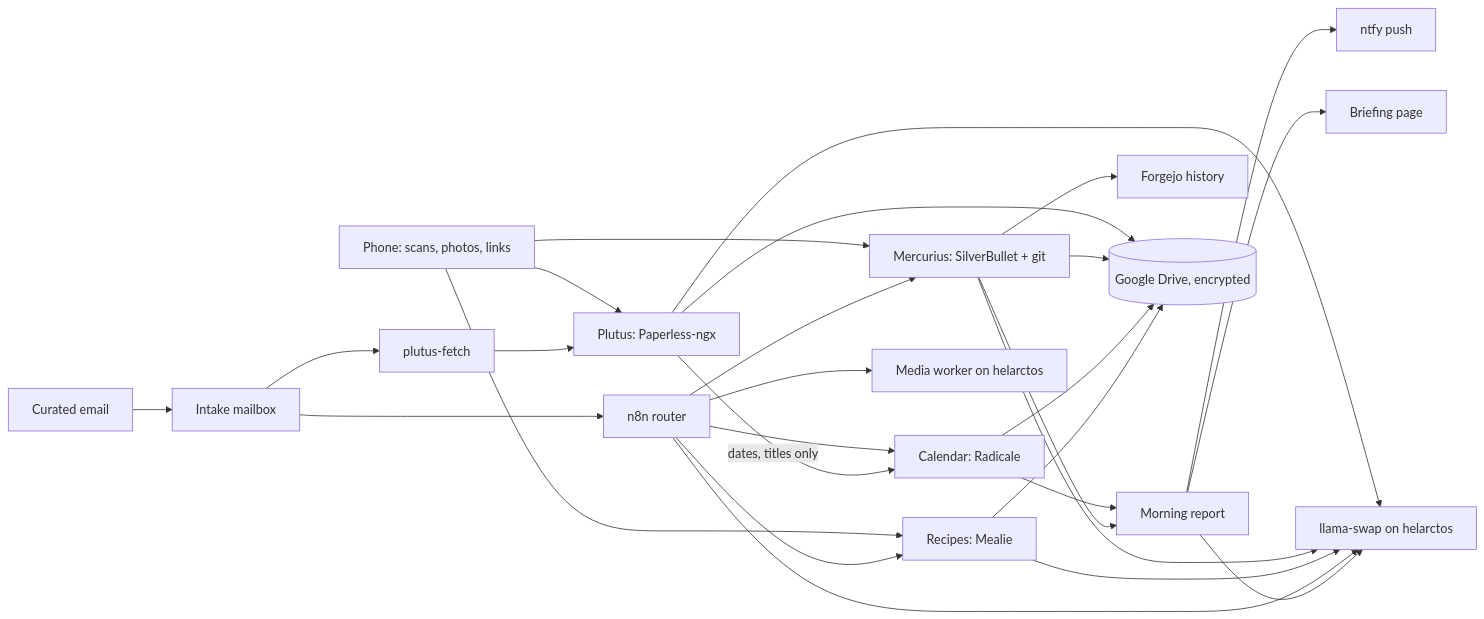
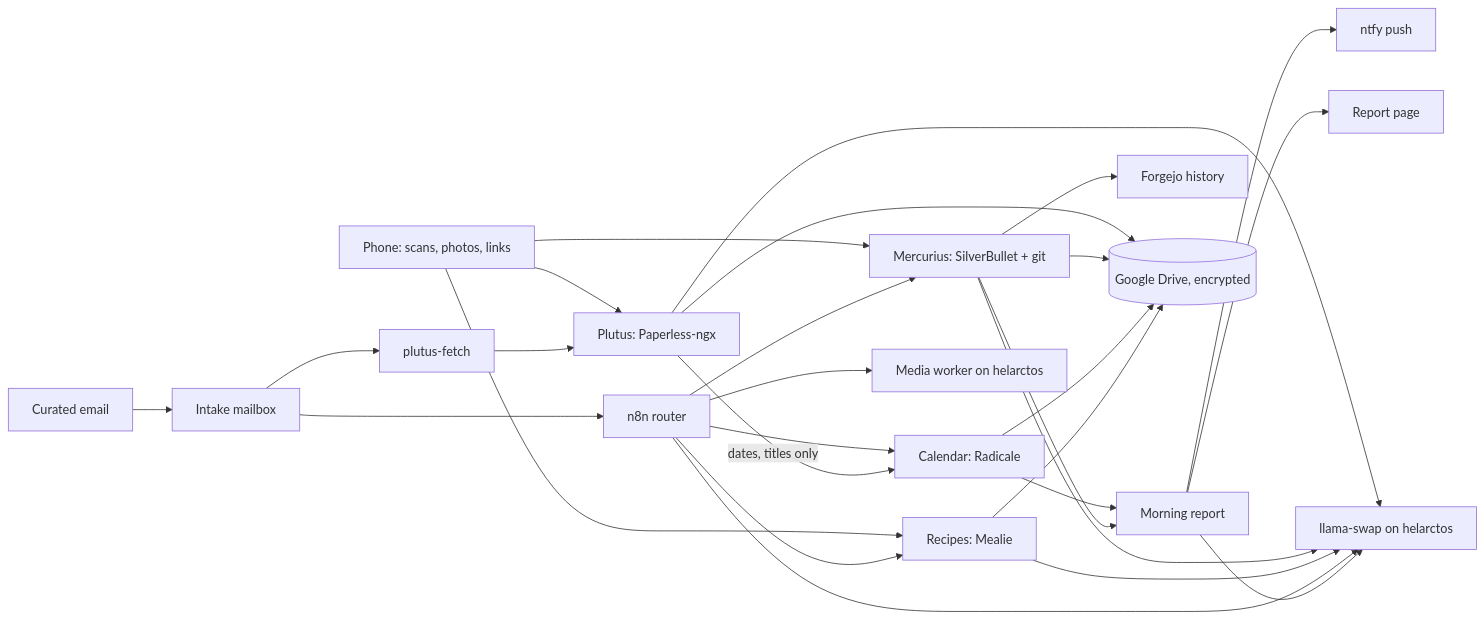
One commit to hsimah/the-loft changed the diagram in automation/plans/README.md. Above: the diagram before and after it, drawn with Mermaid. The commit also changed 29 other files, not shown here.

````diff
--- a/automation/plans/README.md
+++ b/automation/plans/README.md
@@ -25,18 +25,18 @@
 ```mermaid
 flowchart LR
   mail[Curated email] --> intake[Intake mailbox]
   phone[Phone: scans, photos, links] --> vault & recipes & wiki
   intake --> n8n[n8n router]
   intake --> fetch[plutus-fetch]
   fetch --> vault[Plutus: Paperless-ngx]
   n8n --> wiki[Mercurius: SilverBullet + git]
   n8n --> cal[Calendar: Radicale]
   n8n --> recipes[Recipes: Mealie]
   vault -- dates, titles only --> cal
   cal & wiki --> report[Morning report]
-  report --> ntfy[ntfy push] & page[Briefing page]
+  report --> ntfy[ntfy push] & page[Report page]
   vault & wiki & recipes & n8n & report --> llm[llama-swap on helarctos]
   n8n --> worker[Media worker on helarctos]
   wiki --> forgejo[Forgejo history]
   vault & wiki & cal & recipes --> backup[(Google Drive, encrypted)]
 ```
````
